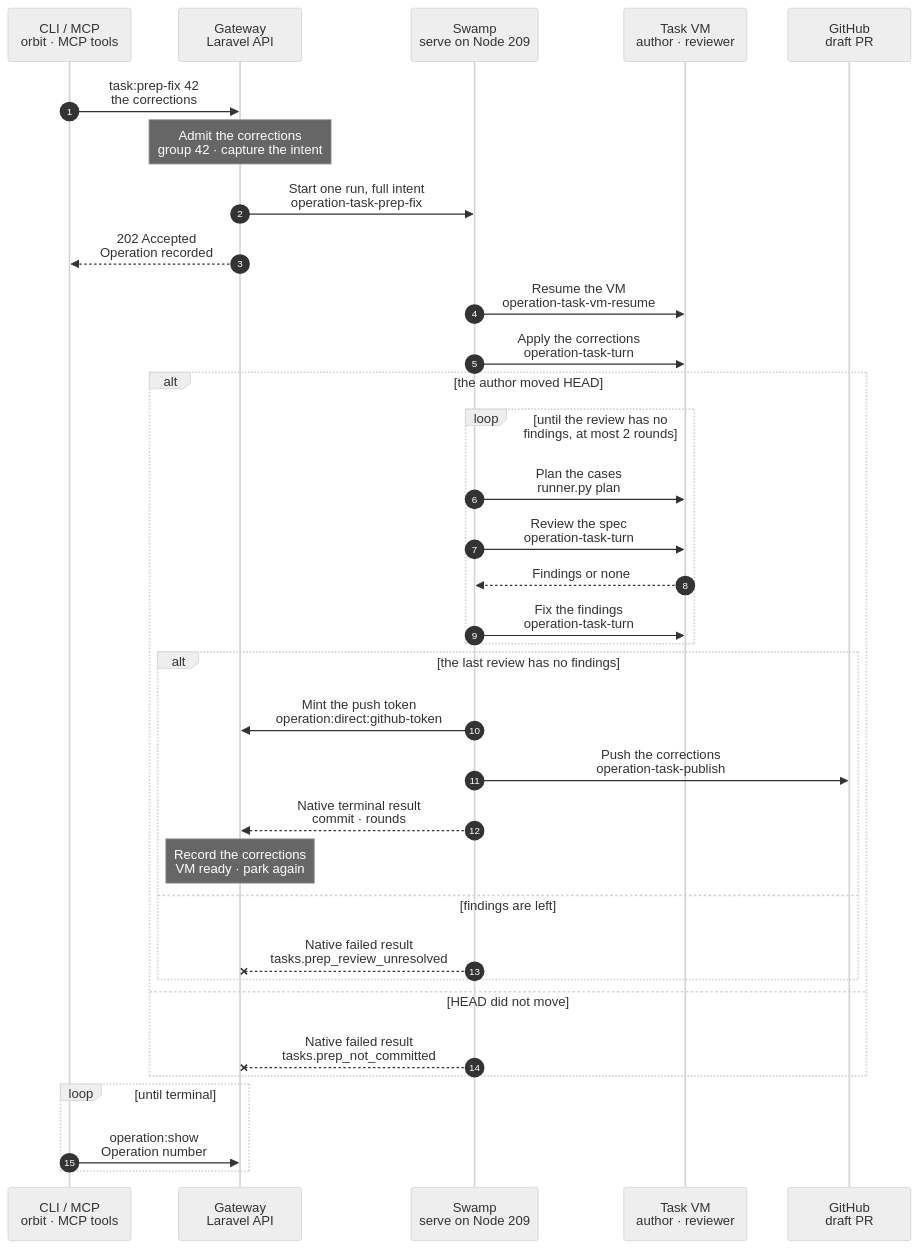
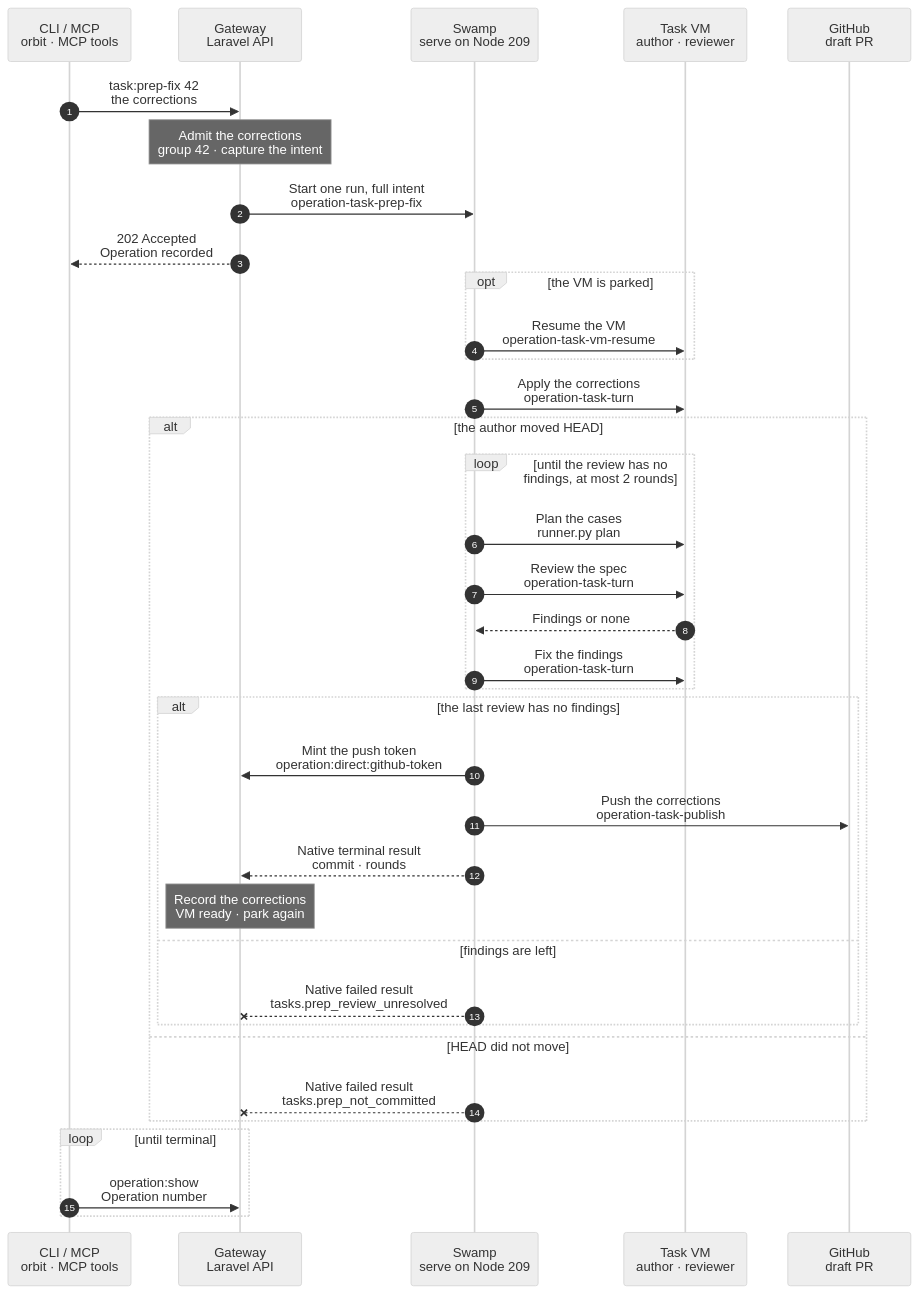
The diagram in docs/cli/task/prep-fix.mmd (hardimpactdev/orbit), drawn with Mermaid (neutral theme) before and after one commit. The commit also changed 4 other files, not shown here.

Commit message:
docs(tasks): specify parked-only resume for prep corrections and builds

```diff
--- a/docs/cli/task/prep-fix.mmd
+++ b/docs/cli/task/prep-fix.mmd
@@ -1,87 +1,90 @@
 sequenceDiagram
   %% Target design: docs/reference/tasks.md#apply-the-corrections, the "Apply the corrections" step of stage 1 of the command development pipeline (docs/reference/pipeline/1-prep.mmd). The pattern of task:prep: one admission, one parent Swamp run, existing workflows as children.
   %% status: draft
   %% command: task:prep-fix
   %% kind: tasks.prep_fix
   autonumber
   %% lane CLI icon=terminal pill=caller tone=gray
   %% lane GW icon=gateway pill=intent tone=blue
   %% lane SW icon=workflow pill=executes tone=green
   %% lane VM icon=terminal pill=target tone=amber
   %% lane GH icon=server pill=target tone=purple
   participant CLI as CLI / MCP<br/>orbit · MCP tools
   participant GW as Gateway<br/>Laravel API
   participant SW as Swamp<br/>serve on Node 209
   participant VM as Task VM<br/>author · reviewer
   participant GH as GitHub<br/>draft PR
   CLI->>GW: task:prep-fix 42<br/>the corrections
   %%> Command:
   %%> - the MCP tool `task-prep-fix`, or `POST /api/v1/tasks/42/prep-fix` with `{"corrections": "..."}` and an `Idempotency-Key`
   %%> - `corrections` is the review of the owner, as text, with any decision made since
   Note over GW: Admit the corrections<br/>group 42 · capture the intent
   %%> Requirements:
   %%> - your Node has an access grant to the Gateway
   %%> - group 42 is a prep group: a succeeded `tasks.prep` run, its task VM parked or still running, an open pull request, and no running operation
   %%> What it does:
-  %%> - captures, in one transaction, the resume of the VM, the author turn with the corrections as its prompt, two new review threads, the fix turn, and the push to the branch `task-42`
+  %%> - captures, in one transaction, the task VM identity, its resume only when parked, the author turn with the corrections as its prompt, two new review threads, the fix turn, and the push to the branch `task-42`
   %%> - names the vault keys of the Pi token and the push token; the run writes the Pi token when it starts, and the push step mints its GitHub token when it runs
   %%> Decided by the orchestrator, for Nick's review:
   %%> - the review of the owner is an input of the call. The gate check of stage 4 makes the call when the owner's latest review requests changes on the current head of the draft PR, with the review text and his inline comments as `corrections`, keyed by group and review (`pr-gate:prep-fix:42:REVIEW`). A person or the orchestrator can still make the call
   GW->>SW: Start one run, full intent<br/>operation-task-prep-fix
   %%> Inputs:
   %%> - the whole intent above and the vault key names of the Pi and push-token credentials, never their values
   %%> - one step of the run calls the Gateway: the push step mints its token when it starts, with the run id of this run
   GW-->>CLI: 202 Accepted<br/>Operation recorded
   %%> Next:
   %%> - the CLI follows the Operation with `operation:show`
-  SW->>VM: Resume the VM<br/>operation-task-vm-resume
-  %%> What it does:
-  %%> - starts the parked VM and waits for its agent and Pi; the workspace and the Pi session are as the park left them
+  opt the VM is parked
+    SW->>VM: Resume the VM<br/>operation-task-vm-resume
+    %%> What it does:
+    %%> - starts the parked VM and waits for its agent and Pi; the workspace and the Pi session are as the park left them
+    %%> - a ready VM skips this step and goes straight to the corrections
+  end
   SW->>VM: Apply the corrections<br/>operation-task-turn
   %%> What it does:
   %%> - the author thread of the prep run gets the corrections as its prompt
   %%> - it changes only the three files of the spec, as one new commit on top of the pushed spec; it never amends the pushed commit
   %%> - a correction that needs another file or a decision of the owner is not made, and the summary says so
   alt the author moved HEAD
     loop until the review has no findings, at most 2 rounds
       SW->>VM: Plan the cases<br/>runner.py plan
       %%> What it does:
       %%> - runs `python3 swamp/proof/runner/runner.py plan --file` on the cases file; a refusal (exit 3) is added to the findings of the round
       SW->>VM: Review the spec<br/>operation-task-turn
       %%> What it does:
       %%> - a new reviewer thread restores the commit under review, reads the spec as it stands and checks that each correction is applied or has its reason
       %%> - runner tests that fail only because they pin the old cases file are a note and not a finding when the owner's review defers that change, so the loop can end
       VM-->>SW: Findings or none
       SW->>VM: Fix the findings<br/>operation-task-turn
       %%> When:
       %%> - only when the review has findings, and only between the two rounds: the findings of the last round end the run
       %%> Result:
       %%> - the author thread fixes them in its corrections commit
     end
     alt the last review has no findings
       SW->>GW: Mint the push token<br/>operation:direct:github-token
       SW->>GH: Push the corrections<br/>operation-task-publish
       %%> What it does:
       %%> - pushes the commit to `task-42` without force, so the same draft pull request gets the corrections as a new commit
       %%> - a branch that moved since the park, such as a correction pushed by hand, is refused with `tasks.not_fast_forward`, and nothing is overwritten
       SW-->>GW: Native terminal result<br/>commit · rounds
       Note over GW: Record the corrections<br/>VM ready · park again
       %%> Result:
       %%> - the task VM is recorded as ready, and the Gateway admits `task:park` for the group, which stops the VM again while the spec waits for review
       %%> - a park that the Gateway refuses is kept in the result as `park_refused`
       %%> - a failed resume leaves the VM recorded as parked, so the run can be admitted again
     else findings are left
       SW--xGW: Native failed result<br/>tasks.prep_review_unresolved
       %%> Result:
       %%> - nothing is pushed; the VM keeps running for the orchestrator, and the result keeps the findings of the last round
     end
   else HEAD did not move
     SW--xGW: Native failed result<br/>tasks.prep_not_committed
     %%> Result:
     %%> - no review runs; the VM keeps running for the orchestrator
   end
   loop until terminal
     CLI->>GW: operation:show<br/>Operation number
     %%> Returns:
     %%> - the Operation status, and the commit and the notes of the last review when the run succeeded
   end
```
